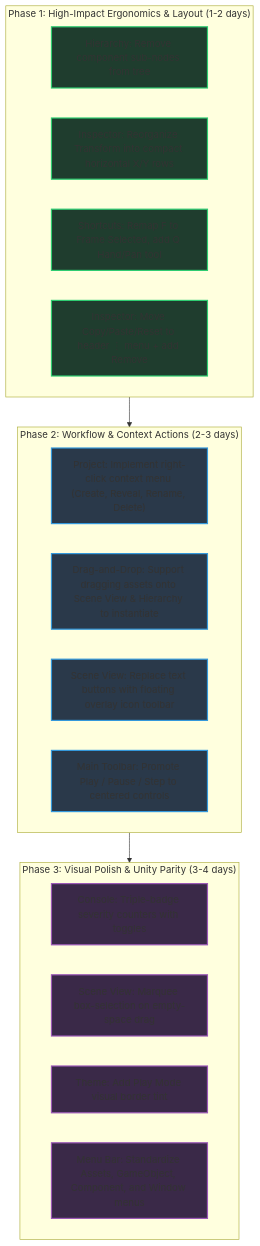
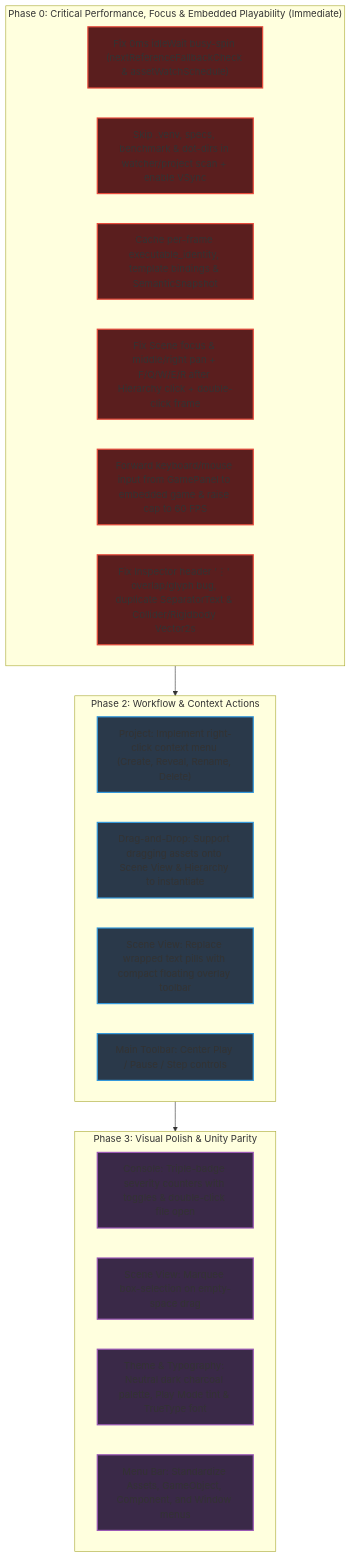
One commit to Blizzsuxx/Platformator changed the diagram in docs/UNITY_STYLE_AND_USABILITY_REVIEW.md. Above: the diagram before and after it, drawn with Mermaid. The commit also changed other lines of this file and 72 other files, not shown here.

````diff
--- a/docs/UNITY_STYLE_AND_USABILITY_REVIEW.md
+++ b/docs/UNITY_STYLE_AND_USABILITY_REVIEW.md
@@ -241,29 +309,32 @@
 ```mermaid
 graph TD
-    classDef phase1 fill:#1f3d2e,stroke:#2ecc71,stroke-width:2px;
-    classDef phase2 fill:#2a394a,stroke:#3498db,stroke-width:2px;
-    classDef phase3 fill:#3a2948,stroke:#9b59b6,stroke-width:2px;
+    classDef p0 fill:#5a1e1e,stroke:#e74c3c,stroke-width:2px;
+    classDef p1 fill:#1f3d2e,stroke:#2ecc71,stroke-width:2px;
+    classDef p2 fill:#2a394a,stroke:#3498db,stroke-width:2px;
+    classDef p3 fill:#3a2948,stroke:#9b59b6,stroke-width:2px;
 
-    subgraph P1 ["Phase 1: High-Impact Ergonomics & Layout (1-2 days)"]
-        A1["Hierarchy: Remove component sub-nodes from tree"]:::phase1
-        A2["Inspector: Reorganize Transform into compact horizontal X/Y rows"]:::phase1
-        A3["Shortcuts: Remap F to Frame Selected, add Q Hand/Pan tool"]:::phase1
-        A4["Inspector: Move Copy/Paste/Reset to header ⋮ menu + add Remove"]:::phase1
+    subgraph P0 ["Phase 0: Critical Performance, Focus & Embedded Playability (Immediate)"]
+        Z1["Fix 0ms idleWait busy-spin (nextReferenceFallbackCheck & assetWatchSchedule)"]:::p0
+        Z2["Skip .venv, specs, benchmark & dot-dirs in watcher/project scan + enable VSync"]:::p0
+        Z3["Cache per-frame executable_identity, template bindings & SemanticSnapshot"]:::p0
+        Z4["Fix Scene focus & middle/right pan + F/Q/W/E/R after Hierarchy click + double-click frame"]:::p0
+        Z5["Forward keyboard/mouse input from GamePanel to embedded game & raise cap to 60 FPS"]:::p0
+        Z6["Fix Inspector header '⋮' overlap/glyph bug, duplicate SeparatorText & Collider/Rigidbody Vector2s"]:::p0
     end
 
-    subgraph P2 ["Phase 2: Workflow & Context Actions (2-3 days)"]
-        B1["Project: Implement right-click context menu (Create, Reveal, Rename, Delete)"]:::phase2
-        B2["Drag-and-Drop: Support dragging assets onto Scene View & Hierarchy to instantiate"]:::phase2
-        B3["Scene View: Replace text buttons with floating overlay icon toolbar"]:::phase2
-        B4["Main Toolbar: Promote Play / Pause / Step to centered controls"]:::phase2
+    subgraph P2 ["Phase 2: Workflow & Context Actions"]
+        B1["Project: Implement right-click context menu (Create, Reveal, Rename, Delete)"]:::p2
+        B2["Drag-and-Drop: Support dragging assets onto Scene View & Hierarchy to instantiate"]:::p2
+        B3["Scene View: Replace wrapped text pills with compact floating overlay toolbar"]:::p2
+        B4["Main Toolbar: Center Play / Pause / Step controls"]:::p2
     end
 
-    subgraph P3 ["Phase 3: Visual Polish & Unity Parity (3-4 days)"]
-        C1["Console: Triple-badge severity counters with toggles"]:::phase3
-        C2["Scene View: Marquee box-selection on empty-space drag"]:::phase3
-        C3["Theme: Add Play Mode visual border tint"]:::phase3
-        C4["Menu Bar: Standardize Assets, GameObject, Component, and Window menus"]:::phase3
+    subgraph P3 ["Phase 3: Visual Polish & Unity Parity"]
+        C1["Console: Triple-badge severity counters with toggles & double-click file open"]:::p3
+        C2["Scene View: Marquee box-selection on empty-space drag"]:::p3
+        C3["Theme & Typography: Neutral dark charcoal palette, Play Mode tint & TrueType font"]:::p3
+        C4["Menu Bar: Standardize Assets, GameObject, Component, and Window menus"]:::p3
     end
 
-    P1 --> P2 --> P3
+    P0 --> P2 --> P3
 ```
````
